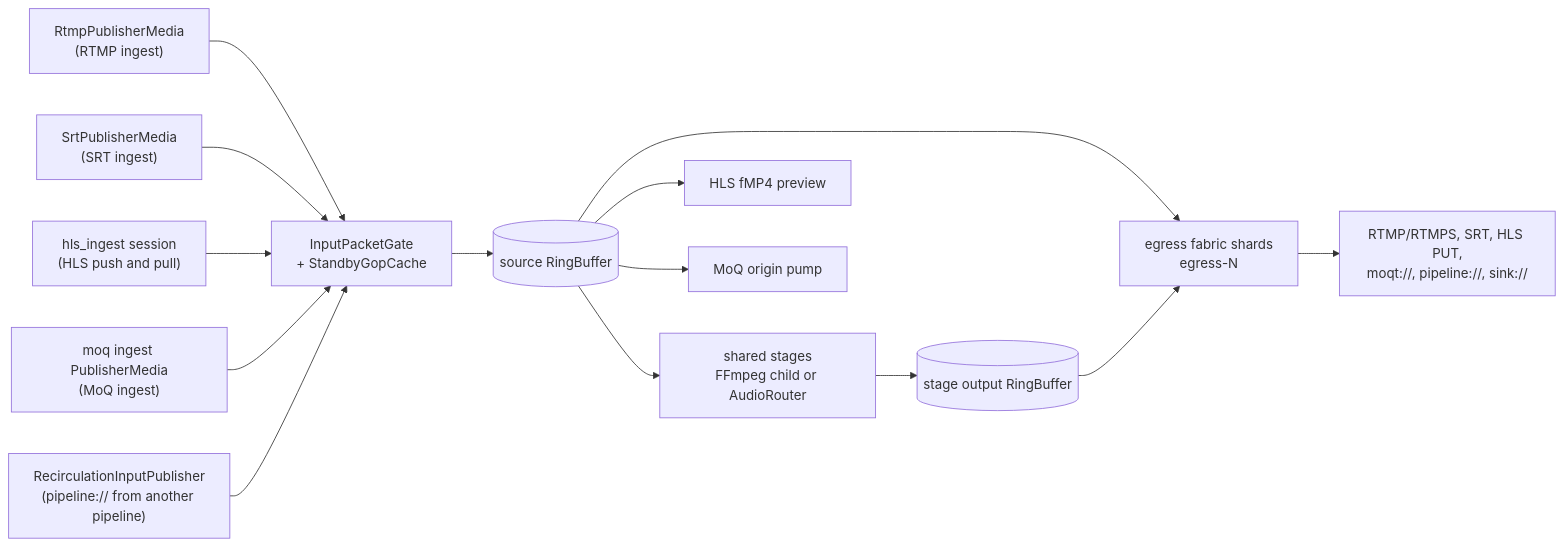
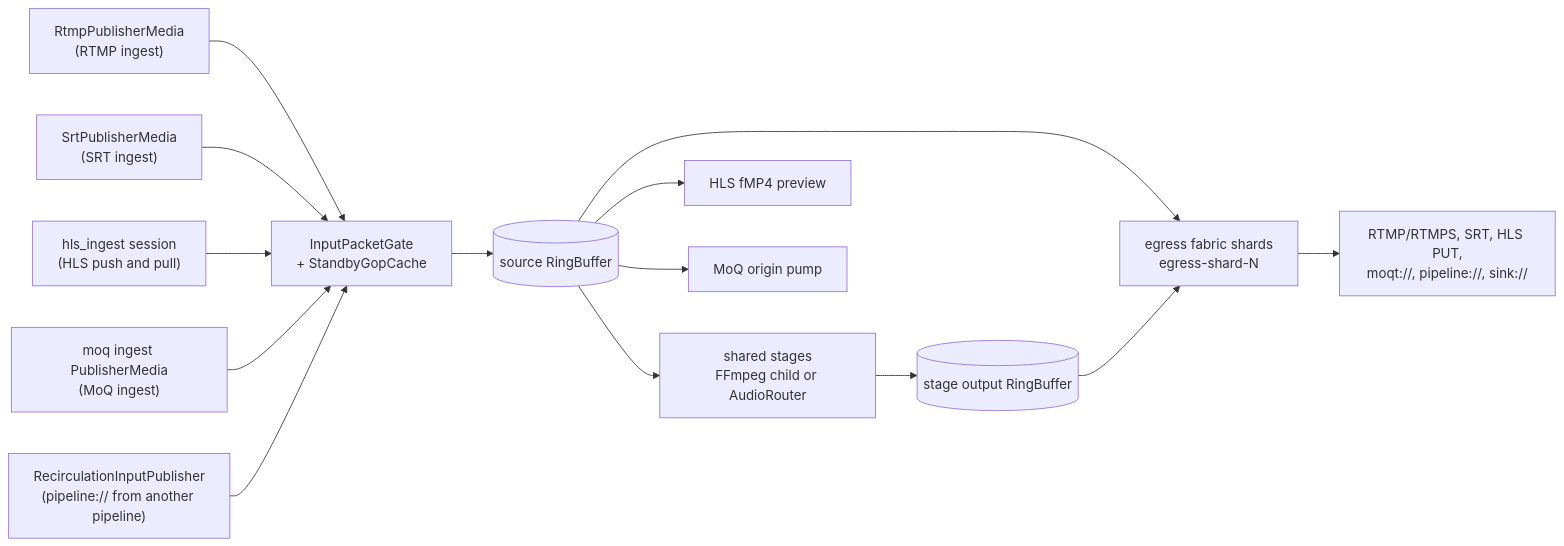
Before and after one commit to krsna1729/restream: the first of 15 diagrams in docs/media-pipeline.md, drawn with Mermaid. The commit also changed other lines of this file and 3 other files, not shown here.

````diff
--- a/docs/media-pipeline.md
+++ b/docs/media-pipeline.md
@@ -31,16 +31,16 @@
 ```mermaid
 flowchart LR
     Rtmp["RtmpPublisherMedia<br/>(RTMP ingest)"] --> Gate
     Srt["SrtPublisherMedia<br/>(SRT ingest)"] --> Gate
     Hls["hls_ingest session<br/>(HLS push and pull)"] --> Gate
     Moq["moq ingest PublisherMedia<br/>(MoQ ingest)"] --> Gate
     Recirc["RecirculationInputPublisher<br/>(pipeline:// from another pipeline)"] --> Gate
     Gate["InputPacketGate<br/>+ StandbyGopCache"] --> Source[("source RingBuffer")]
     Source --> Stages["shared stages<br/>FFmpeg child or AudioRouter"]
     Stages --> StageRing[("stage output RingBuffer")]
-    Source --> Fabric["egress fabric shards<br/>egress-N"]
+    Source --> Fabric["egress fabric shards<br/>egress-shard-N"]
     StageRing --> Fabric
     Source --> Preview["HLS fMP4 preview"]
     Source --> Origin["MoQ origin pump"]
     Fabric --> Dest["RTMP/RTMPS, SRT, HLS PUT,<br/>moqt://, pipeline://, sink://"]
 ```
````
